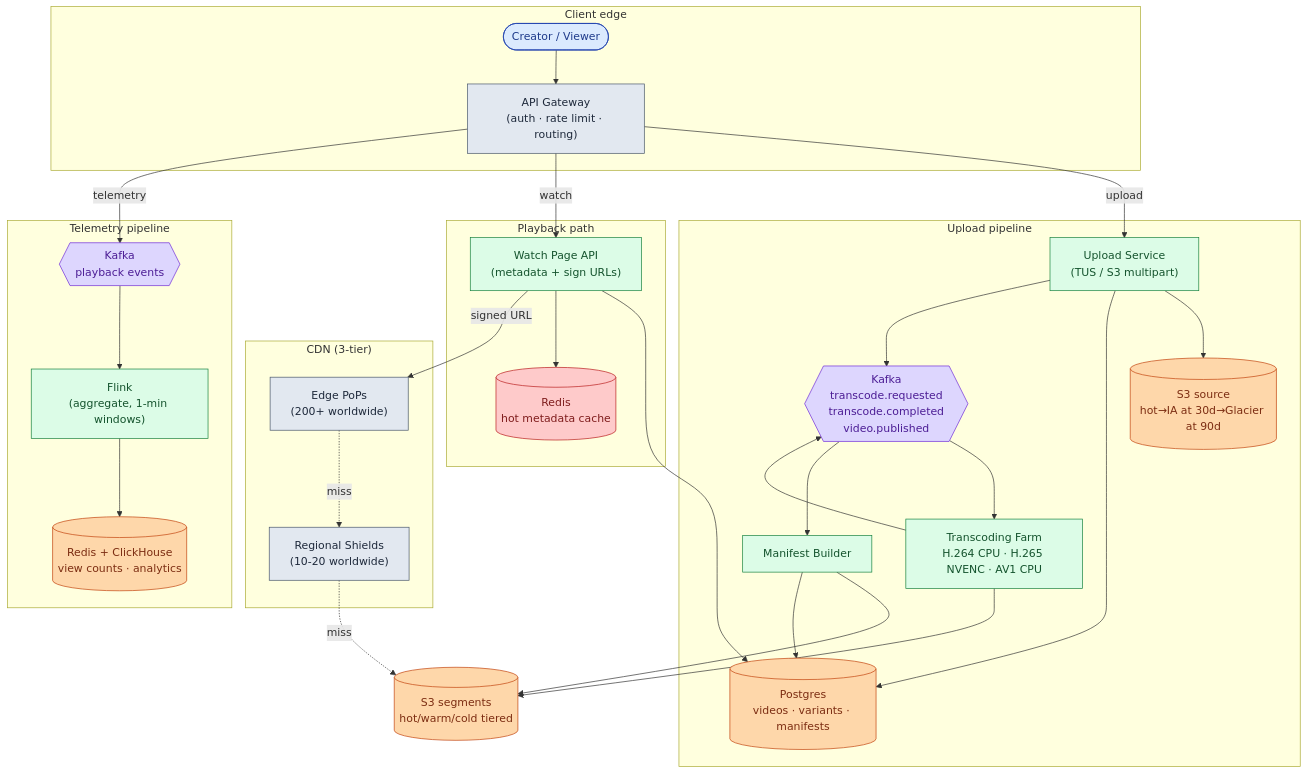
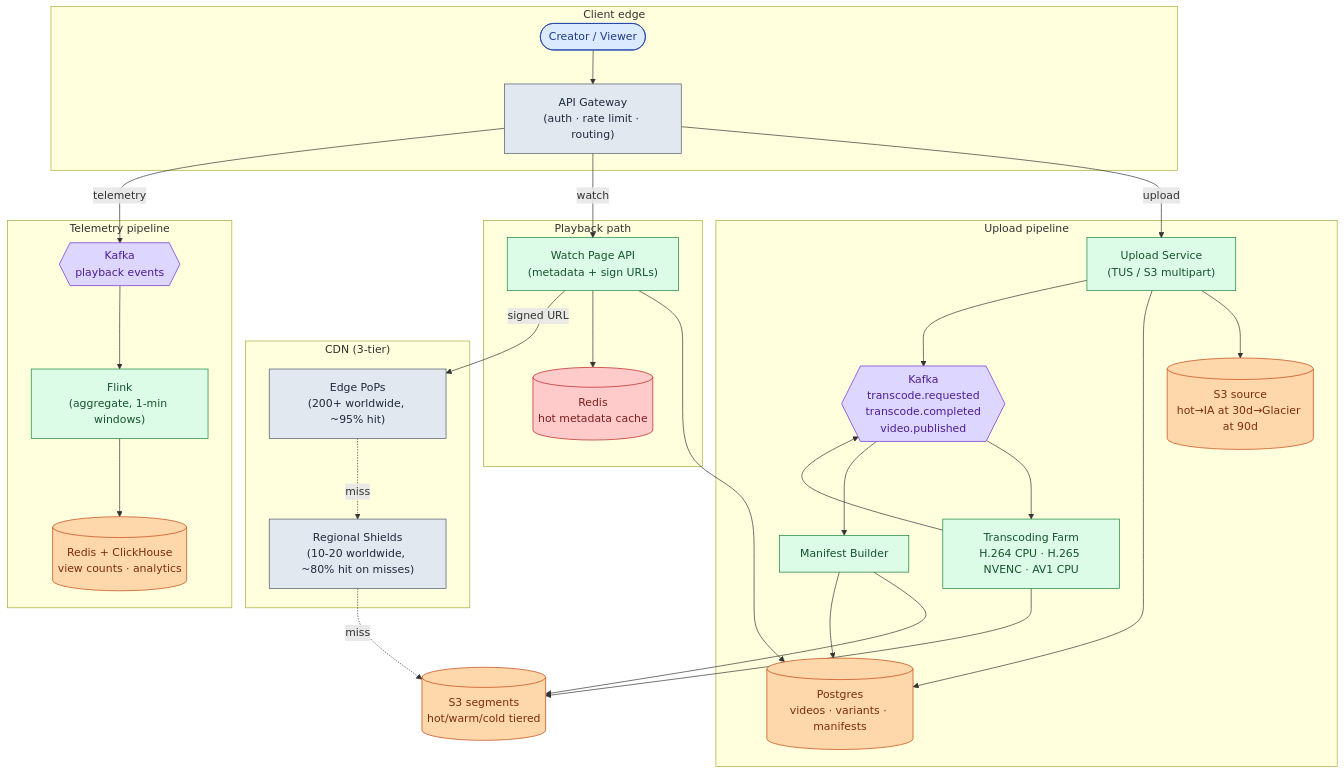
The third of 5 diagrams in problems/006-video-streaming/solution.md (shiningflash/system-design), drawn with Mermaid before and after one commit. The commit also changed other lines of this file and 37 other files, not shown here.

````diff
--- a/problems/006-video-streaming/solution.md
+++ b/problems/006-video-streaming/solution.md
@@ -320,62 +323,62 @@
 ```mermaid
 flowchart TB
     subgraph Edge["Client edge"]
-        C([Creator / Viewer]):::user
+        C(["Creator / Viewer"]):::user
         GW["API Gateway<br/>(auth · rate limit · routing)"]:::edge
     end
 
     subgraph UploadPipeline["Upload pipeline"]
         U["Upload Service<br/>(TUS / S3 multipart)"]:::app
         S3src[("S3 source<br/>hot→IA at 30d→Glacier at 90d")]:::db
         K{{"Kafka<br/>transcode.requested<br/>transcode.completed<br/>video.published"}}:::queue
         TW["Transcoding Farm<br/>H.264 CPU · H.265 NVENC · AV1 CPU"]:::app
         MB["Manifest Builder"]:::app
         DB[("Postgres<br/>videos · variants · manifests")]:::db
     end
 
     subgraph PlaybackPath["Playback path"]
         WA["Watch Page API<br/>(metadata + sign URLs)"]:::app
         RD[("Redis<br/>hot metadata cache")]:::cache
     end
 
     S3out[("S3 segments<br/>hot/warm/cold tiered")]:::db
 
     subgraph CDNStack["CDN (3-tier)"]
-        E1["Edge PoPs<br/>(200+ worldwide)"]:::edge
-        SH["Regional Shields<br/>(10-20 worldwide)"]:::edge
+        EP["Edge PoPs<br/>(200+ worldwide, ~95% hit)"]:::edge
+        SH["Regional Shields<br/>(10-20 worldwide, ~80% hit on misses)"]:::edge
     end
 
     subgraph TelemetryStack["Telemetry pipeline"]
         TK{{"Kafka<br/>playback events"}}:::queue
         FL["Flink<br/>(aggregate, 1-min windows)"]:::app
         VDB[("Redis + ClickHouse<br/>view counts · analytics")]:::db
     end
 
     C --> GW
     GW -->|upload| U
     GW -->|watch| WA
     GW -->|telemetry| TK
     U --> S3src
     U --> DB
     U --> K
     K --> TW
     TW --> S3out
     TW --> K
     K --> MB
     MB --> S3out
     MB --> DB
     WA --> DB
     WA --> RD
-    WA -->|signed URL| E1
-    E1 -.miss.-> SH
+    WA -->|"signed URL"| EP
+    EP -.miss.-> SH
     SH -.miss.-> S3out
     TK --> FL
     FL --> VDB
 
     classDef user  fill:#dbeafe,stroke:#1e40af,color:#1e3a8a
     classDef edge  fill:#e2e8f0,stroke:#475569,color:#1e293b
     classDef app   fill:#dcfce7,stroke:#15803d,color:#14532d
     classDef db    fill:#fed7aa,stroke:#c2410c,color:#7c2d12
     classDef cache fill:#fecaca,stroke:#b91c1c,color:#7f1d1d
     classDef queue fill:#ddd6fe,stroke:#6d28d9,color:#4c1d95
 ```
````
